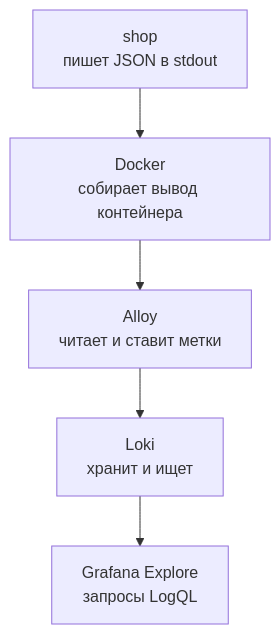
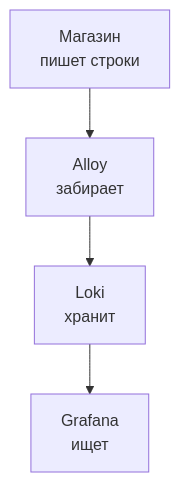
One commit to distinguished-sre/learning changed the first of 3 diagrams in monitoring/04-logs-traces/01-logs.md. Above: the diagram before and after it, drawn with Mermaid. The commit also changed other lines of this file and 462 other files, not shown here.

````diff
--- a/monitoring/04-logs-traces/01-logs.md
+++ b/monitoring/04-logs-traces/01-logs.md
@@ -36,7 +36,6 @@
 ```mermaid
 flowchart TD
-    S["shop<br>пишет JSON в stdout"] --> D["Docker<br>собирает вывод контейнера"]
-    D --> A["Alloy<br>читает и ставит метки"]
-    A --> L["Loki<br>хранит и ищет"]
-    L --> G["Grafana Explore<br>запросы LogQL"]
+    S["Магазин<br>пишет строки"] --> A["Alloy<br>забирает"]
+    A --> L["Loki<br>хранит"]
+    L --> G["Grafana<br>ищет"]
 ```
````
